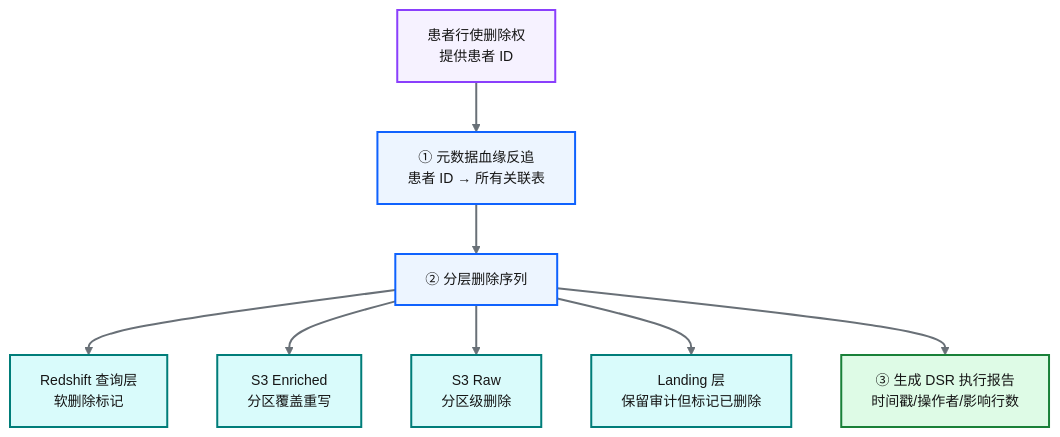
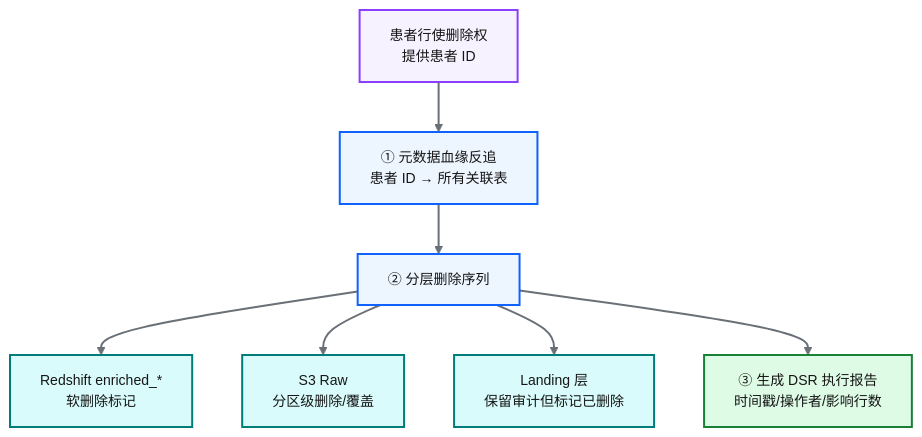
Before and after one commit to zhiweio/from-data-to-intelligence: the fourth of 6 diagrams in docs/18-数据脱敏与隐私治理.md, drawn with Mermaid. The commit also changed other lines of this file and 69 other files, not shown here.

````diff
--- a/docs/18-数据脱敏与隐私治理.md
+++ b/docs/18-数据脱敏与隐私治理.md
@@ -197,26 +197,24 @@
 ```mermaid
 %%{init: {'theme':'base','themeVariables':{'primaryColor':'#edf5ff','primaryTextColor':'#161616','primaryBorderColor':'#0f62fe','lineColor':'#697077','secondaryColor':'#d9fbfb','tertiaryColor':'#f2f4f8','fontSize':'14px'}}}%%
 flowchart TD
     classDef bpProcess fill:#edf5ff,stroke:#0f62fe,stroke-width:2px,color:#161616
     classDef bpData fill:#d9fbfb,stroke:#007d79,stroke-width:2px,color:#161616
     classDef bpDecision fill:#fcf4d6,stroke:#f1c21b,stroke-width:2px,color:#161616
     classDef bpSuccess fill:#defbe6,stroke:#198038,stroke-width:2px,color:#161616
     classDef bpError fill:#fff1f1,stroke:#da1e28,stroke-width:2px,color:#161616
     classDef bpExternal fill:#f2f4f8,stroke:#697077,stroke-width:2px,color:#161616
     classDef bpInfo fill:#f6f2ff,stroke:#8a3ffc,stroke-width:2px,color:#161616
     linkStyle default stroke:#697077,stroke-width:2px,fill:none
 
     REQ[患者行使删除权<br/>提供患者 ID] --> LINEAGE[① 元数据血缘反追<br/>患者 ID → 所有关联表]
     LINEAGE --> SEQ[② 分层删除序列]
-    SEQ --> S1[Redshift 查询层<br/>软删除标记]
-    SEQ --> S2[S3 Enriched<br/>分区覆盖重写]
-    SEQ --> S3[S3 Raw<br/>分区级删除]
+    SEQ --> S1[Redshift enriched_*<br/>软删除标记]
+    SEQ --> S3[S3 Raw<br/>分区级删除/覆盖]
     SEQ --> S4[Landing 层<br/>保留审计但标记已删除]
     SEQ --> REPORT[③ 生成 DSR 执行报告<br/>时间戳/操作者/影响行数]
 
     class REQ bpInfo
     class LINEAGE,SEQ bpProcess
-    class S1,S2,S3 bpData
-    class S4 bpData
+    class S1,S3,S4 bpData
     class REPORT bpSuccess
 ```
````
